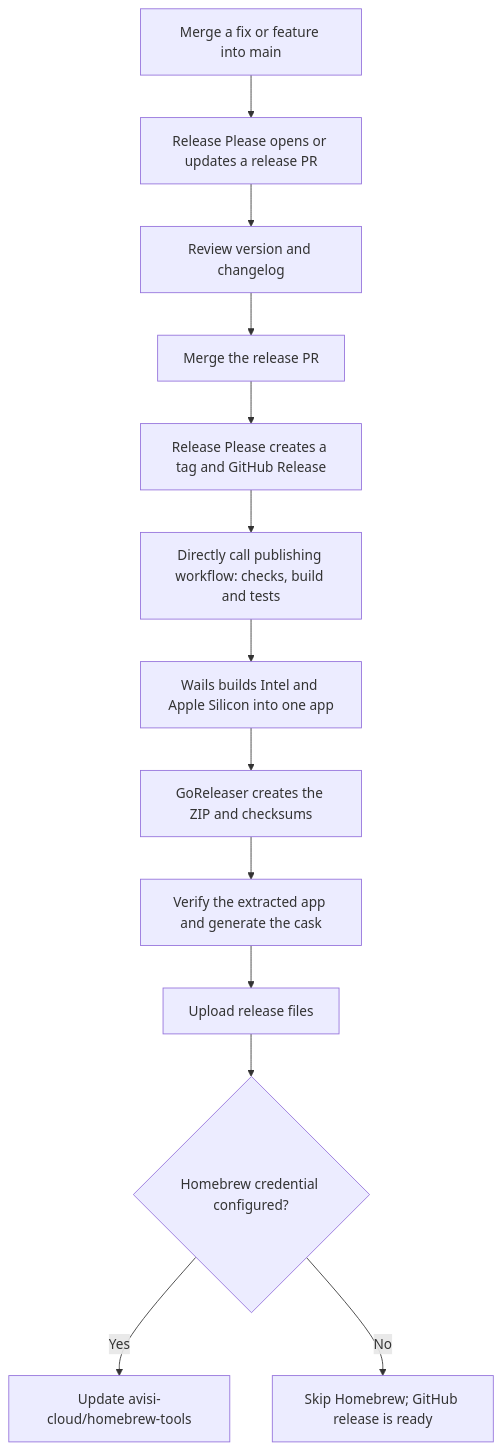
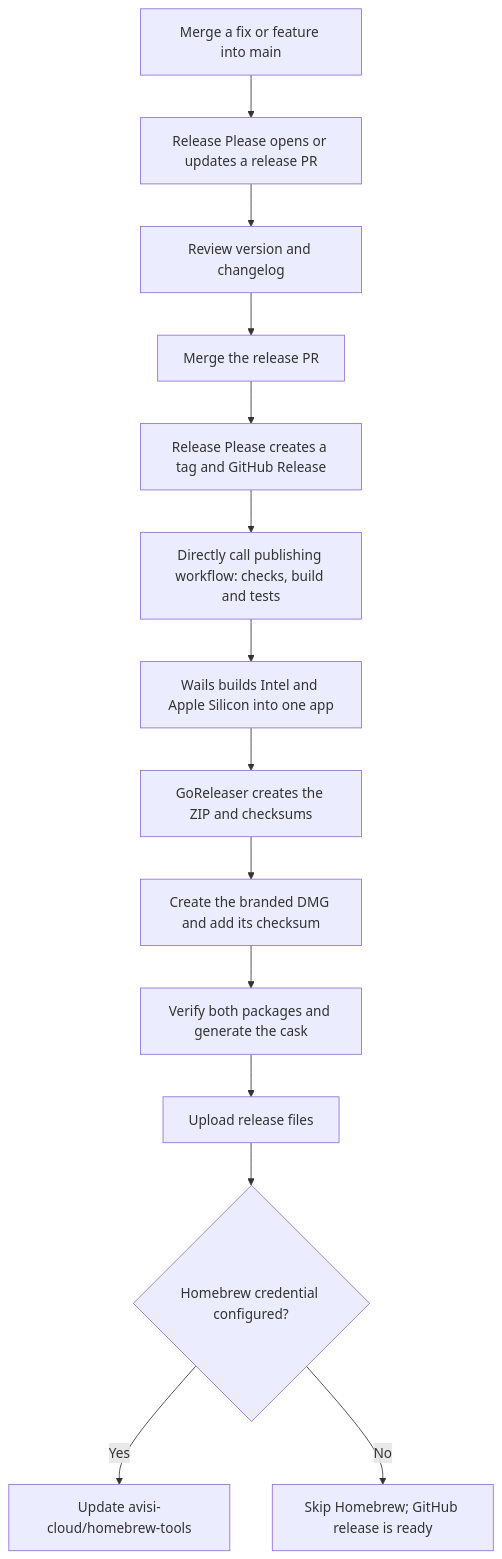
Before and after one commit to avisi-cloud/acloud-playrooms: the diagram in doc/RELEASING.md, drawn with Mermaid. The commit also changed other lines of this file and 19 other files, not shown here.

Commit message:
feat(dmg): add branded macOS installer (#15)

````diff
--- a/doc/RELEASING.md
+++ b/doc/RELEASING.md
@@ -8,15 +8,16 @@
 ```mermaid
 flowchart TD
     A[Merge a fix or feature into main] --> B[Release Please opens or updates a release PR]
     B --> C[Review version and changelog]
     C --> D[Merge the release PR]
     D --> E[Release Please creates a tag and GitHub Release]
     E --> F[Directly call publishing workflow: checks, build and tests]
     F --> G[Wails builds Intel and Apple Silicon into one app]
     G --> H[GoReleaser creates the ZIP and checksums]
-    H --> I[Verify the extracted app and generate the cask]
-    I --> J[Upload release files]
+    H --> I[Create the branded DMG and add its checksum]
+    I --> V[Verify both packages and generate the cask]
+    V --> J[Upload release files]
     J --> K{Homebrew credential configured?}
     K -->|Yes| L[Update avisi-cloud/homebrew-tools]
     K -->|No| M["Skip Homebrew; GitHub release is ready"]
 ```
````
